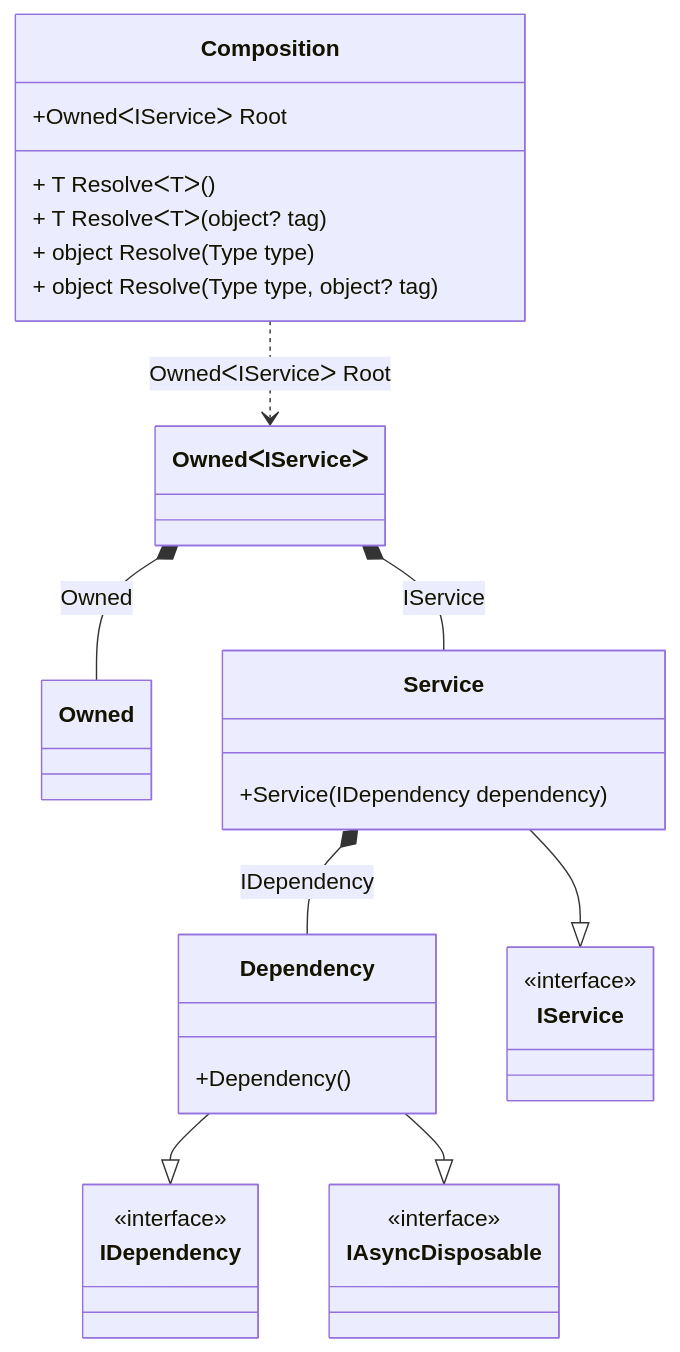
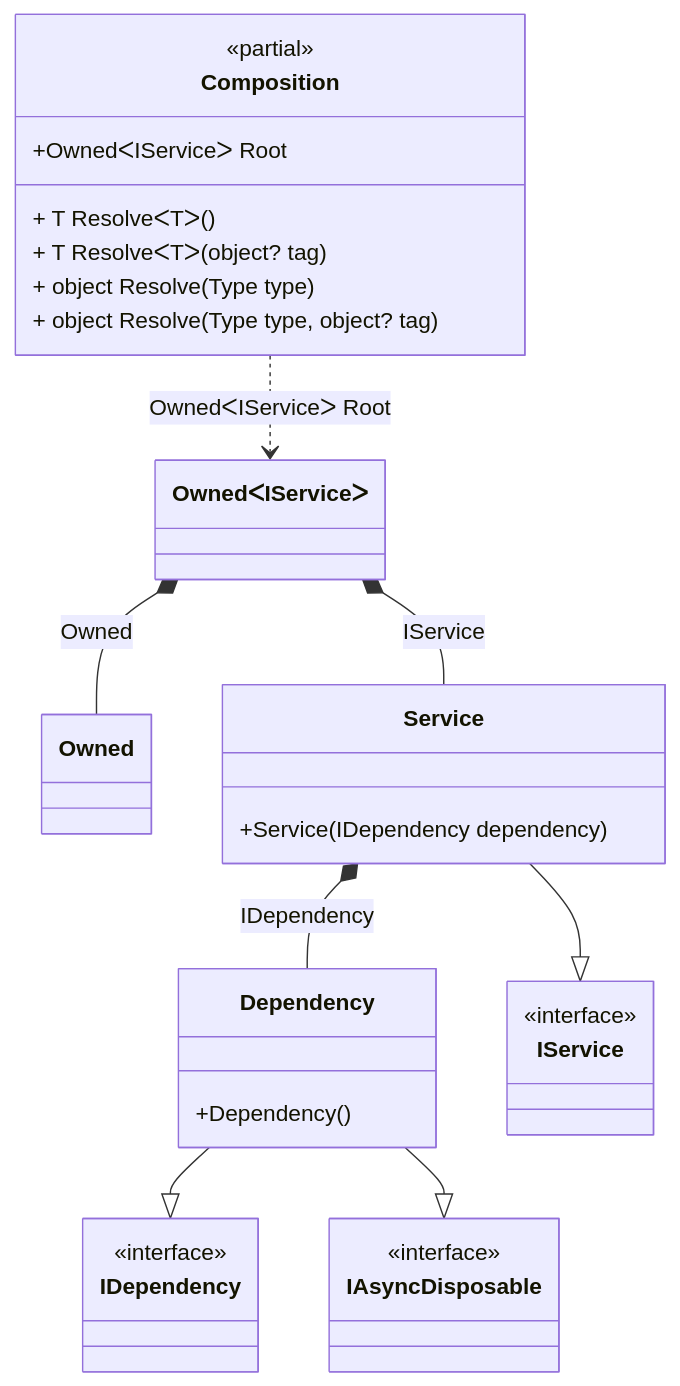
The diagram in readme/tracking-async-disposable-instances-per-a-composition-root.md (DevTeam/Pure.DI), drawn with Mermaid before and after one commit. The commit also changed 74 other files, not shown here.

Commit message:
Improved class diagram

````diff
--- a/readme/tracking-async-disposable-instances-per-a-composition-root.md
+++ b/readme/tracking-async-disposable-instances-per-a-composition-root.md
@@ -68,33 +68,34 @@
 ```mermaid
 classDiagram
 	class Composition {
+		<<partial>>
 		+OwnedᐸIServiceᐳ Root
 		+ T ResolveᐸTᐳ()
 		+ T ResolveᐸTᐳ(object? tag)
 		+ object Resolve(Type type)
 		+ object Resolve(Type type, object? tag)
 	}
 	class Owned
 	Dependency --|> IDependency : 
 	Dependency --|> IAsyncDisposable : 
 	class Dependency {
 		+Dependency()
 	}
 	Service --|> IService : 
 	class Service {
 		+Service(IDependency dependency)
 	}
 	class IDependency {
 		<<interface>>
 	}
 	class IAsyncDisposable {
 		<<interface>>
 	}
 	class IService {
 		<<interface>>
 	}
 	Service *--  Dependency : IDependency
 	Composition ..> OwnedᐸIServiceᐳ : OwnedᐸIServiceᐳ Root
 	OwnedᐸIServiceᐳ *--  Owned : Owned
 	OwnedᐸIServiceᐳ *--  Service : IService
 ```
````
